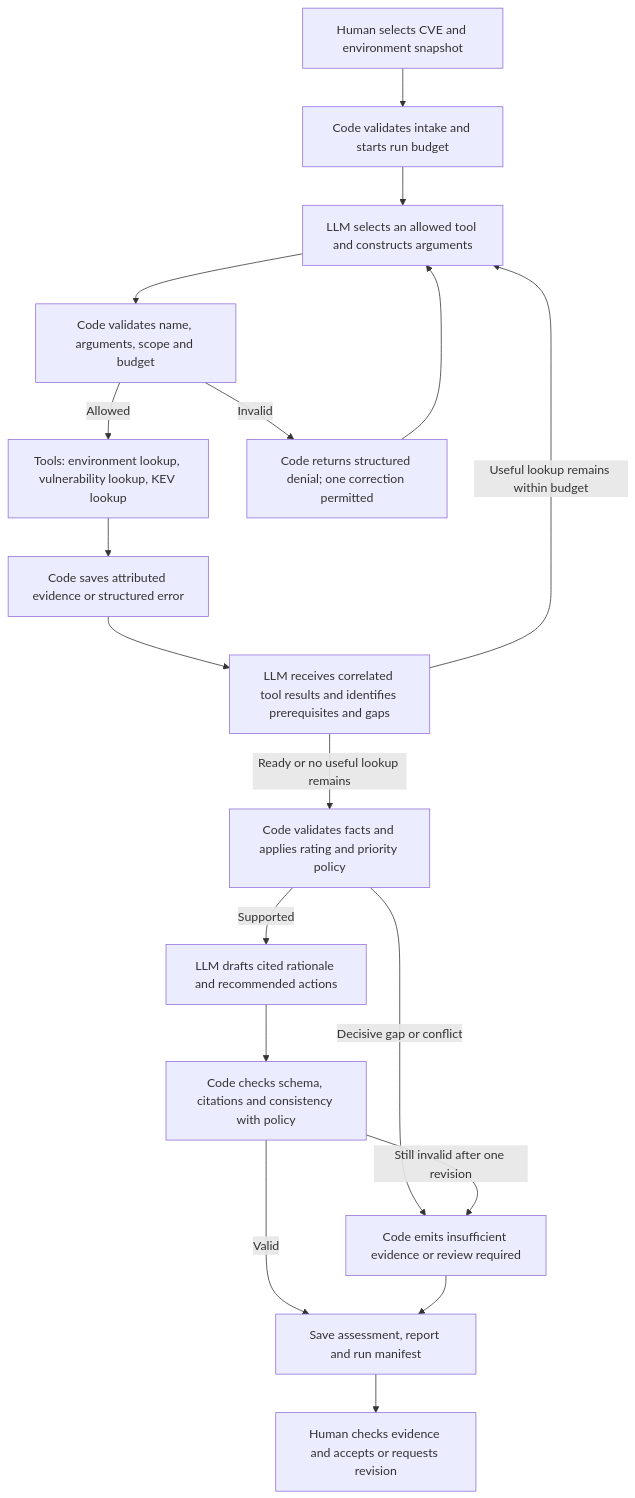
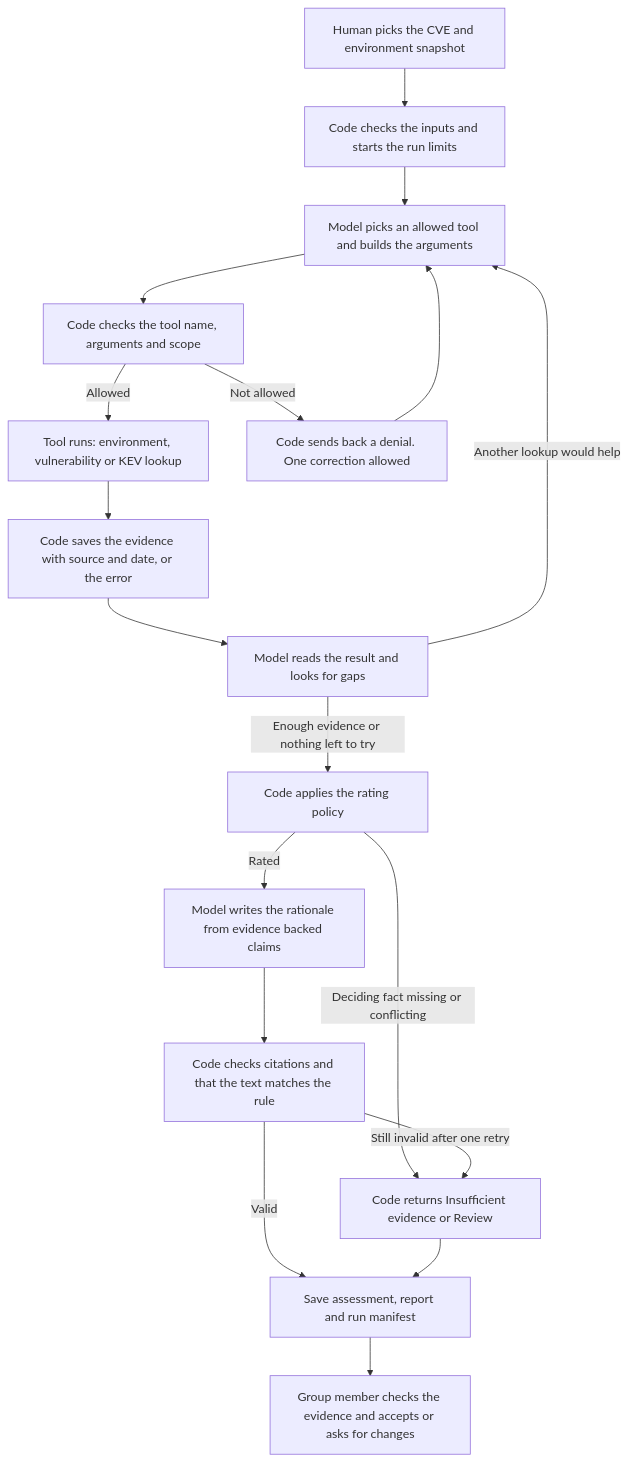
The diagram in docs/STEP_1_DESIGN.md (Deekshitha2203/security-triage-agent-cybersec590), drawn with Mermaid before and after one commit. The commit also changed other lines of this file and 1 other file, not shown here.

````diff
--- a/docs/STEP_1_DESIGN.md
+++ b/docs/STEP_1_DESIGN.md
@@ -82,20 +107,20 @@
 ```mermaid
 flowchart TD
-    A[Human selects CVE and environment snapshot] --> B[Code validates intake and starts run budget]
-    B --> C[LLM selects an allowed tool and constructs arguments]
-    C --> D[Code validates name, arguments, scope and budget]
-    D -->|Allowed| E[Tools: environment lookup, vulnerability lookup, KEV lookup]
-    D -->|Invalid| F[Code returns structured denial; one correction permitted]
+    A[Human picks the CVE and environment snapshot] --> B[Code checks the inputs and starts the run limits]
+    B --> C[Model picks an allowed tool and builds the arguments]
+    C --> D[Code checks the tool name, arguments and scope]
+    D -->|Allowed| E[Tool runs: environment, vulnerability or KEV lookup]
+    D -->|Not allowed| F[Code sends back a denial. One correction allowed]
     F --> C
-    E --> G[Code saves attributed evidence or structured error]
-    G --> H[LLM receives correlated tool results and identifies prerequisites and gaps]
-    H -->|Useful lookup remains within budget| C
-    H -->|Ready or no useful lookup remains| I[Code validates facts and applies rating and priority policy]
-    I -->|Supported| J[LLM drafts cited rationale and recommended actions]
-    I -->|Decisive gap or conflict| K[Code emits insufficient evidence or review required]
-    J --> L[Code checks schema, citations and consistency with policy]
+    E --> G[Code saves the evidence with source and date, or the error]
+    G --> H[Model reads the result and looks for gaps]
+    H -->|Another lookup would help| C
+    H -->|Enough evidence or nothing left to try| I[Code applies the rating policy]
+    I -->|Rated| J[Model writes the rationale from evidence backed claims]
+    I -->|Deciding fact missing or conflicting| K[Code returns Insufficient evidence or Review]
+    J --> L[Code checks citations and that the text matches the rule]
     L -->|Valid| M[Save assessment, report and run manifest]
-    L -->|Still invalid after one revision| K
+    L -->|Still invalid after one retry| K
     K --> M
-    M --> N[Human checks evidence and accepts or requests revision]
+    M --> N[Group member checks the evidence and accepts or asks for changes]
 ```
````
